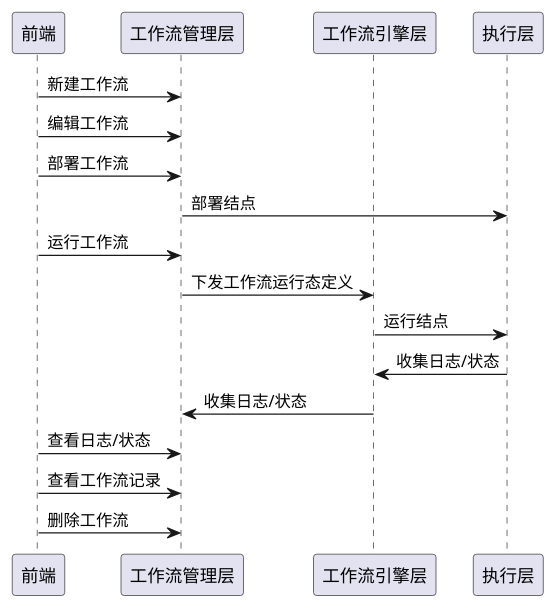
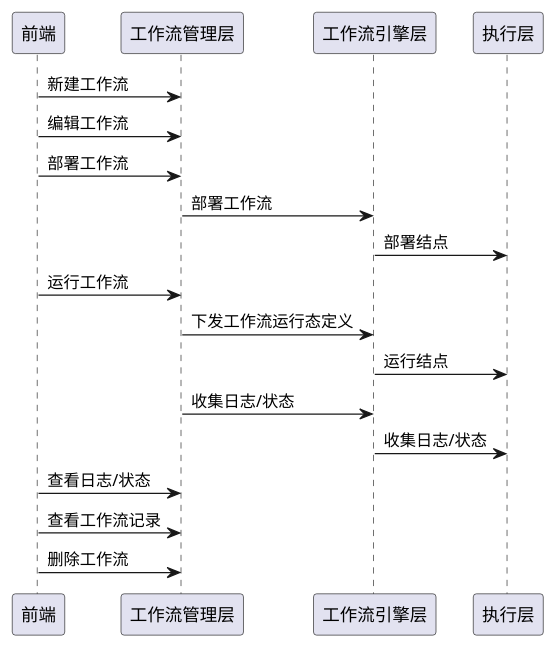
One commit to aganhui/test2 changed the first of 2 diagrams in src/site/notes/01-Diary/本周事务/工作流整体架构设计-v0.2.md. Above: the diagram before and after it, drawn with PlantUML. The commit also changed other lines of this file, not shown here.

````diff
--- a/src/site/notes/01-Diary/本周事务/工作流整体架构设计-v0.2.md
+++ b/src/site/notes/01-Diary/本周事务/工作流整体架构设计-v0.2.md
@@ -60,18 +60,19 @@
 ```plantuml
 participant 前端    as Foo2
 participant 工作流管理层     as Foo3
 participant 工作流引擎层           as Foo4
 participant 执行层    as Foo5
 Foo2 -> Foo3 : 新建工作流
 Foo2 -> Foo3 : 编辑工作流
 Foo2 -> Foo3 : 部署工作流
-Foo3 -> Foo5 : 部署结点
+Foo3 -> Foo4 : 部署工作流
+Foo4 -> Foo5 : 部署结点
 Foo2 -> Foo3 : 运行工作流
 Foo3 -> Foo4 : 下发工作流运行态定义
 Foo4 -> Foo5 : 运行结点
-Foo5 -> Foo4 : 收集日志/状态
-Foo4 -> Foo3 : 收集日志/状态
+Foo3 -> Foo4 : 收集日志/状态
+Foo4 -> Foo5 : 收集日志/状态
 Foo2 -> Foo3 : 查看日志/状态
 Foo2 -> Foo3 : 查看工作流记录
 Foo2 -> Foo3 : 删除工作流
 ```
````
